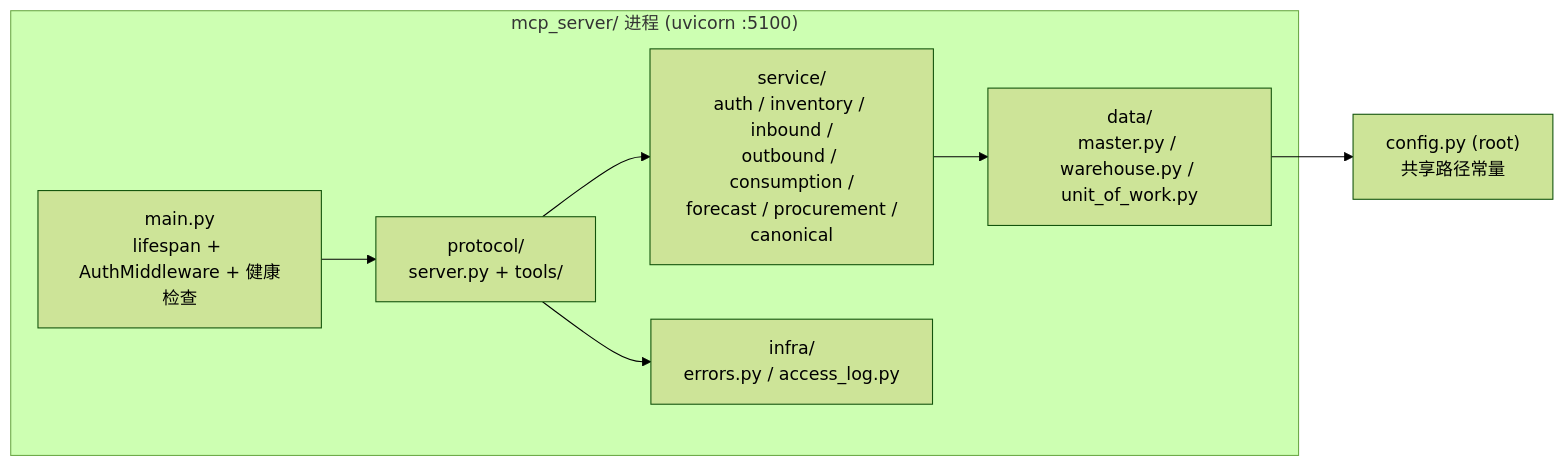
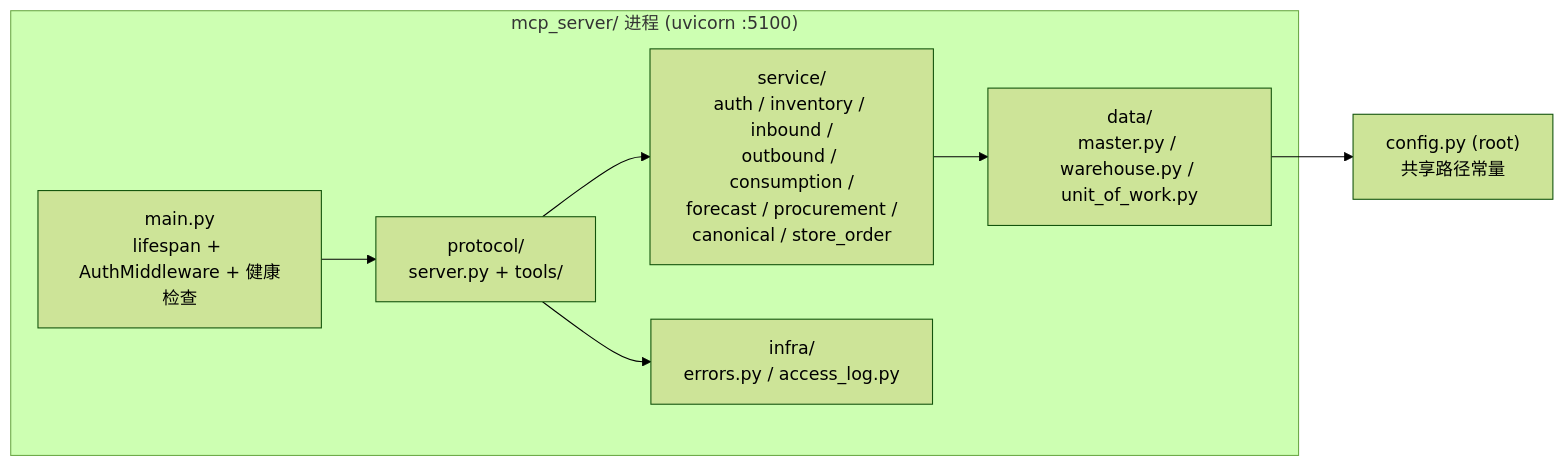
Diagram 12 of 18 in docs/ARCHITECTURE.md (DUIDUI-Studio/DailyCheck), drawn with Mermaid (forest theme) before and after one commit. The commit also changed other lines of this file and 12 other files, not shown here.

First line of the commit message:
feat(mcp): 新增门店订单只读工具 store_order_list 与 store_order_detail

````diff
--- a/docs/ARCHITECTURE.md
+++ b/docs/ARCHITECTURE.md
@@ -1604,16 +1604,16 @@
 ```mermaid
 flowchart LR
     subgraph MCP["mcp_server/ 进程 (uvicorn :5100)"]
         Main["main.py<br/>lifespan + AuthMiddleware + 健康检查"]
         Protocol["protocol/<br/>server.py + tools/"]
-        Service["service/<br/>auth / inventory / inbound /<br/>outbound / consumption /<br/>forecast / procurement /<br/>canonical"]
+        Service["service/<br/>auth / inventory / inbound /<br/>outbound / consumption /<br/>forecast / procurement /<br/>canonical / store_order"]
         Data["data/<br/>master.py / warehouse.py / unit_of_work.py"]
         Infra["infra/<br/>errors.py / access_log.py"]
     end
 
     Main --> Protocol
     Protocol --> Service
     Protocol --> Infra
     Service --> Data
     Data --> Config["config.py (root)<br/>共享路径常量"]
 ```
````
